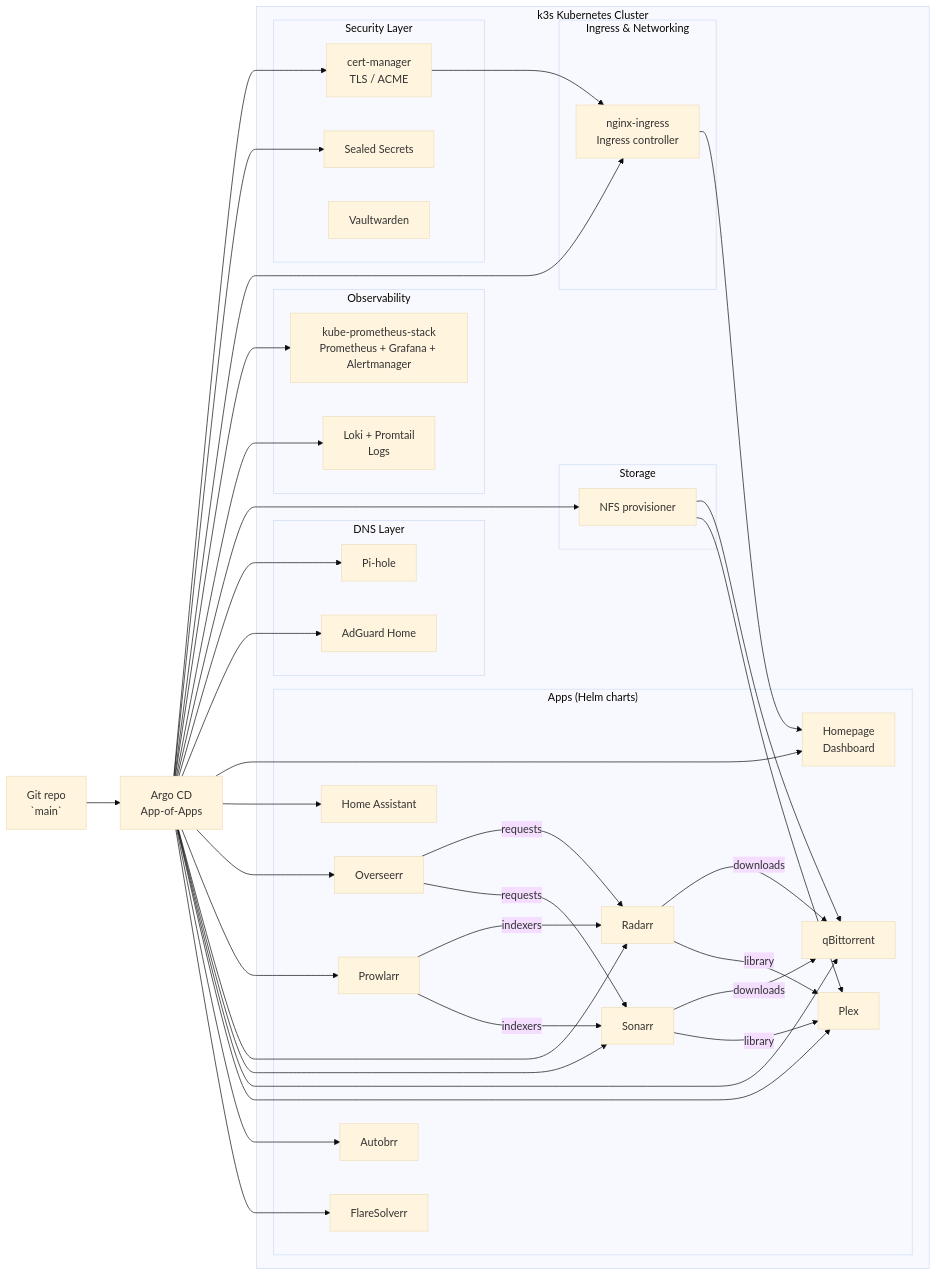
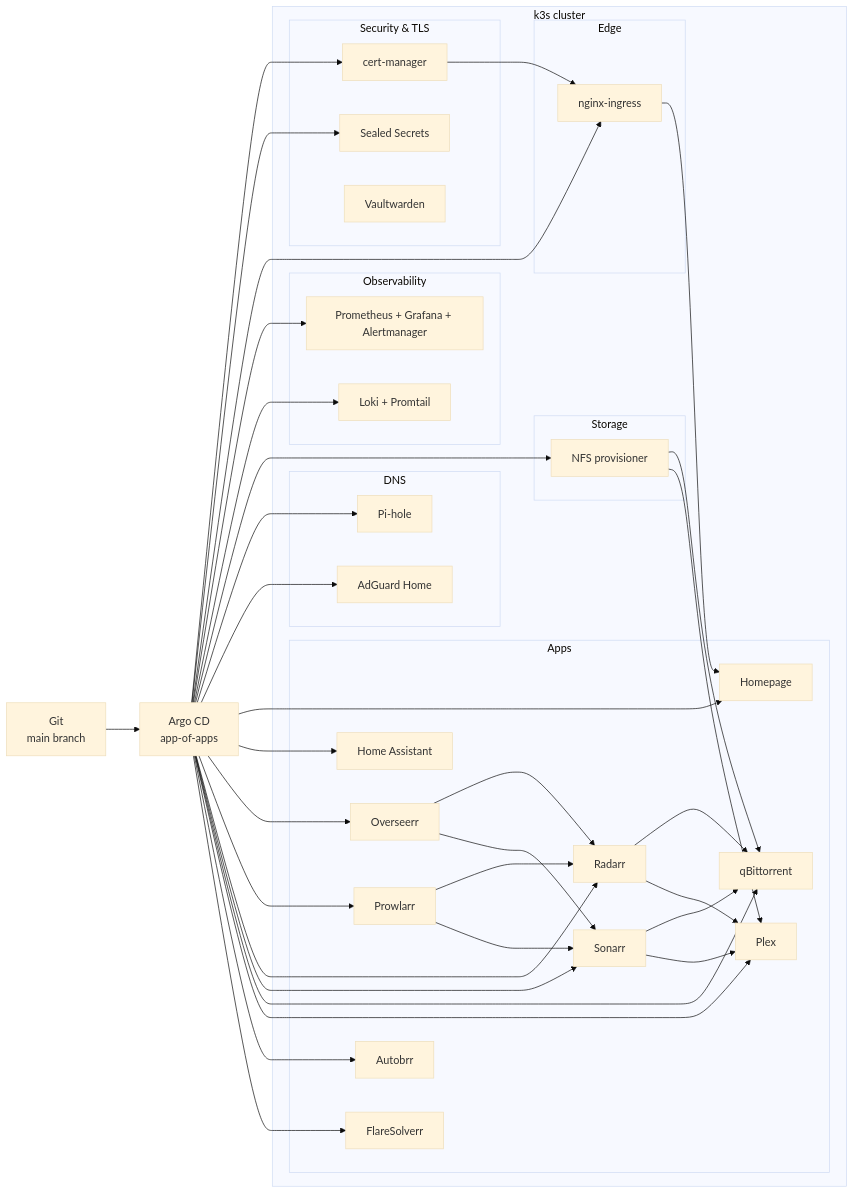
One commit to Araneus84/homelab-k3s-stack changed the diagram in README.md. Above: the diagram before and after it, drawn with Mermaid (base theme). The commit also changed other lines of this file and 23 other files, not shown here.

````diff
--- a/README.md
+++ b/README.md
@@ -16,82 +14,77 @@
 ```mermaid
 flowchart LR
-    git["Git repo<br/>`main`"] --> argo["Argo CD<br/>App-of-Apps"]
+    git["Git<br/>main branch"] --> argo["Argo CD<br/>app-of-apps"]
 
-    subgraph k8s["k3s Kubernetes Cluster"]
-        subgraph dns["DNS Layer"]
+    subgraph k8s["k3s cluster"]
+        subgraph dns["DNS"]
             pihole["Pi-hole"]
             adguard["AdGuard Home"]
         end
 
-        subgraph security["Security Layer"]
-            certmgr["cert-manager<br/>TLS / ACME"]
+        subgraph sec["Security & TLS"]
+            certmgr["cert-manager"]
             sealed["Sealed Secrets"]
             vaultwarden["Vaultwarden"]
         end
 
-        subgraph edge["Ingress & Networking"]
-            nginx["nginx-ingress<br/>Ingress controller"]
+        subgraph edge["Edge"]
+            nginx["nginx-ingress"]
         end
 
-        subgraph monitoring["Observability"]
-            prom["kube-prometheus-stack<br/>Prometheus + Grafana + Alertmanager"]
-            loki["Loki + Promtail<br/>Logs"]
+        subgraph obs["Observability"]
+            prom["Prometheus + Grafana + Alertmanager"]
+            loki["Loki + Promtail"]
         end
 
         subgraph storage["Storage"]
             nfs["NFS provisioner"]
         end
 
-        subgraph media["Apps (Helm charts)"]
-            homepage["Homepage<br/>Dashboard"]
+        subgraph media["Apps"]
+            homepage["Homepage"]
             homeassistant["Home Assistant"]
-
             overseerr["Overseerr"]
             prowlarr["Prowlarr"]
             radarr["Radarr"]
             sonarr["Sonarr"]
             qbit["qBittorrent"]
             plex["Plex"]
             autobrr["Autobrr"]
             flaresolverr["FlareSolverr"]
         end
     end
 
-    %% GitOps wiring
     argo --> certmgr
     argo --> sealed
     argo --> nginx
     argo --> prom
     argo --> loki
     argo --> nfs
     argo --> pihole
     argo --> adguard
     argo --> homepage
     argo --> homeassistant
     argo --> overseerr
     argo --> prowlarr
     argo --> radarr
     argo --> sonarr
     argo --> qbit
     argo --> plex
     argo --> autobrr
     argo --> flaresolverr
 
-    %% TLS + access paths
     certmgr --> nginx
     nginx --> homepage
 
-    %% Shared storage consumers
     nfs --> qbit
     nfs --> plex
 
-    %% Media automation chain
-    overseerr -->|requests| radarr
-    overseerr -->|requests| sonarr
-    prowlarr -->|indexers| radarr
-    prowlarr -->|indexers| sonarr
-    radarr -->|downloads| qbit
-    sonarr -->|downloads| qbit
-    radarr -->|library| plex
-    sonarr -->|library| plex
+    overseerr --> radarr
+    overseerr --> sonarr
+    prowlarr --> radarr
+    prowlarr --> sonarr
+    radarr --> qbit
+    sonarr --> qbit
+    radarr --> plex
+    sonarr --> plex
 ```
````
